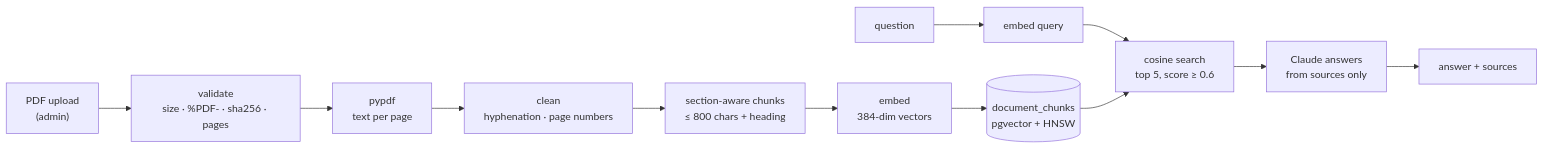
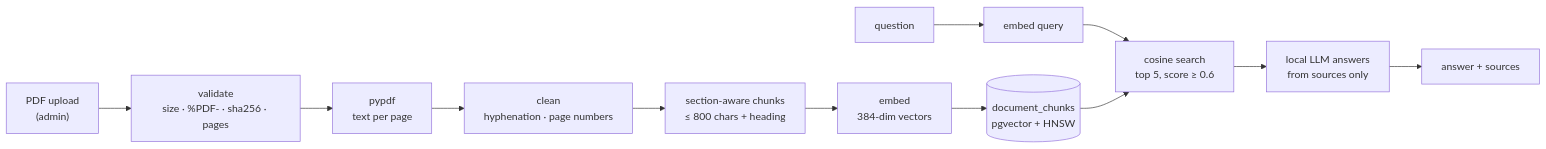
The second of 3 diagrams in README.md (InviXtaHydra/invixta), drawn with Mermaid before and after one commit. The commit also changed other lines of this file and 26 other files, not shown here.

First line of the commit message:
feat: replace the paid Claude API with a free local LLM served by Ollama (qwen3:8b)

````diff
--- a/README.md
+++ b/README.md
@@ -250,11 +264,11 @@
 ```mermaid
 flowchart LR
     PDF["PDF upload<br/>(admin)"] --> Check["validate<br/>size · %PDF- · sha256 · pages"]
     Check --> Extract["pypdf<br/>text per page"]
     Extract --> Clean["clean<br/>hyphenation · page numbers"]
     Clean --> Chunk["section-aware chunks<br/>≤ 800 chars + heading"]
     Chunk --> Embed["embed<br/>384-dim vectors"]
     Embed --> Store[("document_chunks<br/>pgvector + HNSW")]
     Q["question"] --> QE["embed query"] --> Search["cosine search<br/>top 5, score ≥ 0.6"]
-    Store --> Search --> LLM["Claude answers<br/>from sources only"] --> A["answer + sources"]
+    Store --> Search --> LLM["local LLM answers<br/>from sources only"] --> A["answer + sources"]
 ```
````
